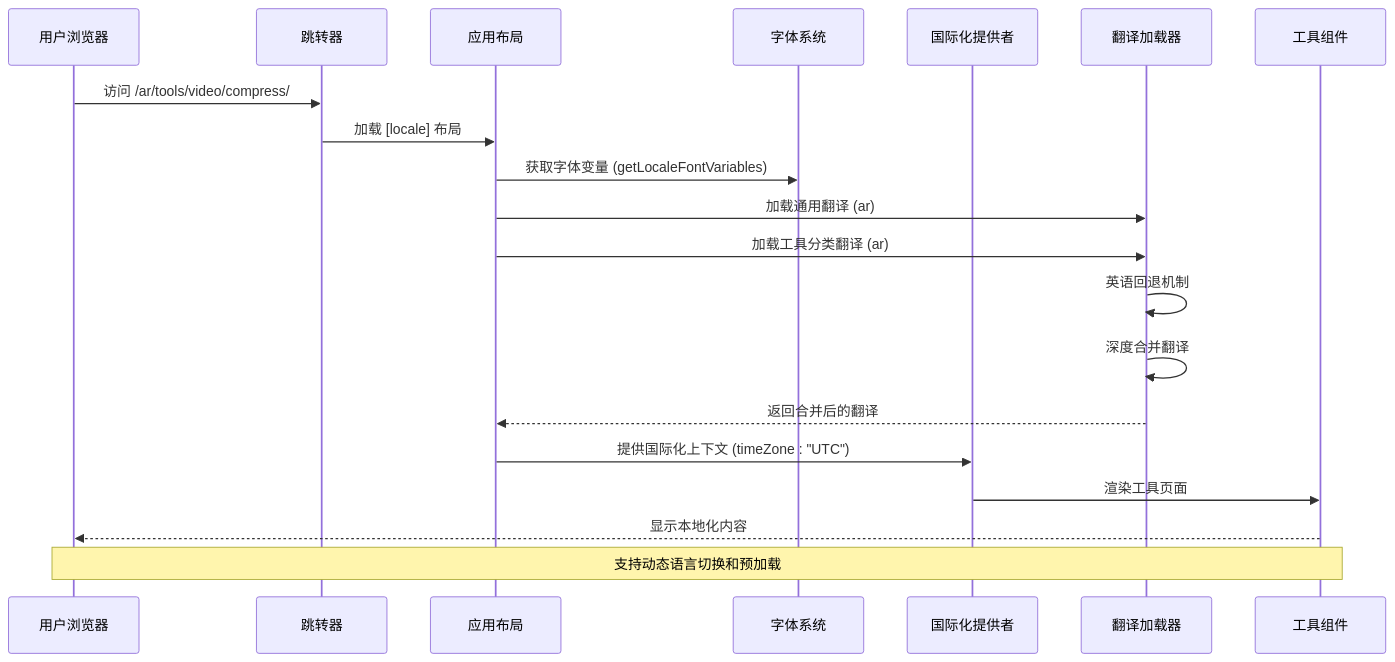
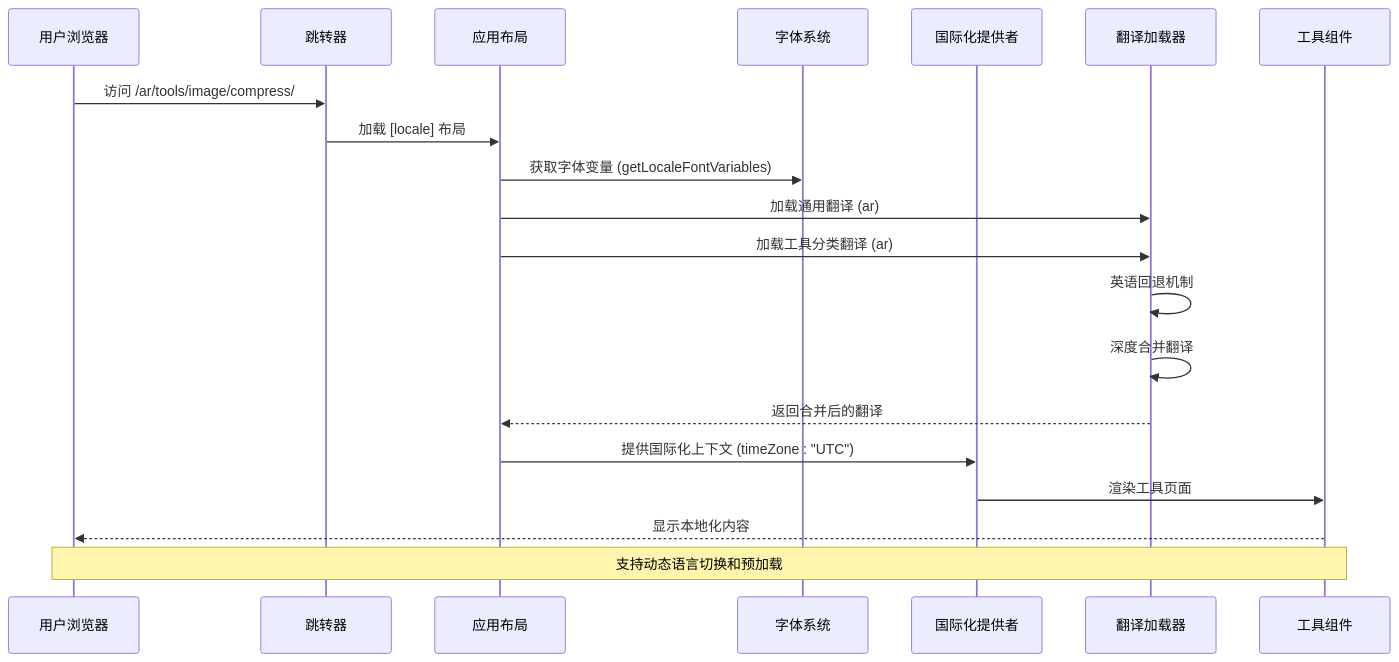
Before and after one commit to sgyy/privadeck: the seventh of 13 diagrams in .qoder/repowiki/zh/content/技术架构/国际化系统.md, drawn with Mermaid. The commit also changed other lines of this file and 3 other files, not shown here.

````diff
--- a/.qoder/repowiki/zh/content/技术架构/国际化系统.md
+++ b/.qoder/repowiki/zh/content/技术架构/国际化系统.md
@@ -455,22 +444,22 @@
 ```mermaid
 sequenceDiagram
 participant User as 用户浏览器
 participant Router as 跳转器
 participant Layout as 应用布局
 participant Fonts as 字体系统
 participant Provider as 国际化提供者
 participant Messages as 翻译加载器
 participant Tools as 工具组件
-User->>Router : 访问 /ar/tools/video/compress/
+User->>Router : 访问 /ar/tools/image/compress/
 Router->>Layout : 加载 [locale] 布局
 Layout->>Fonts : 获取字体变量 (getLocaleFontVariables)
 Layout->>Messages : 加载通用翻译 (ar)
 Layout->>Messages : 加载工具分类翻译 (ar)
 Messages->>Messages : 英语回退机制
 Messages->>Messages : 深度合并翻译
 Messages-->>Layout : 返回合并后的翻译
 Layout->>Provider : 提供国际化上下文 (timeZone : "UTC")
 Provider->>Tools : 渲染工具页面
 Tools-->>User : 显示本地化内容
 Note over User,Tools : 支持动态语言切换和预加载
 ```
````
